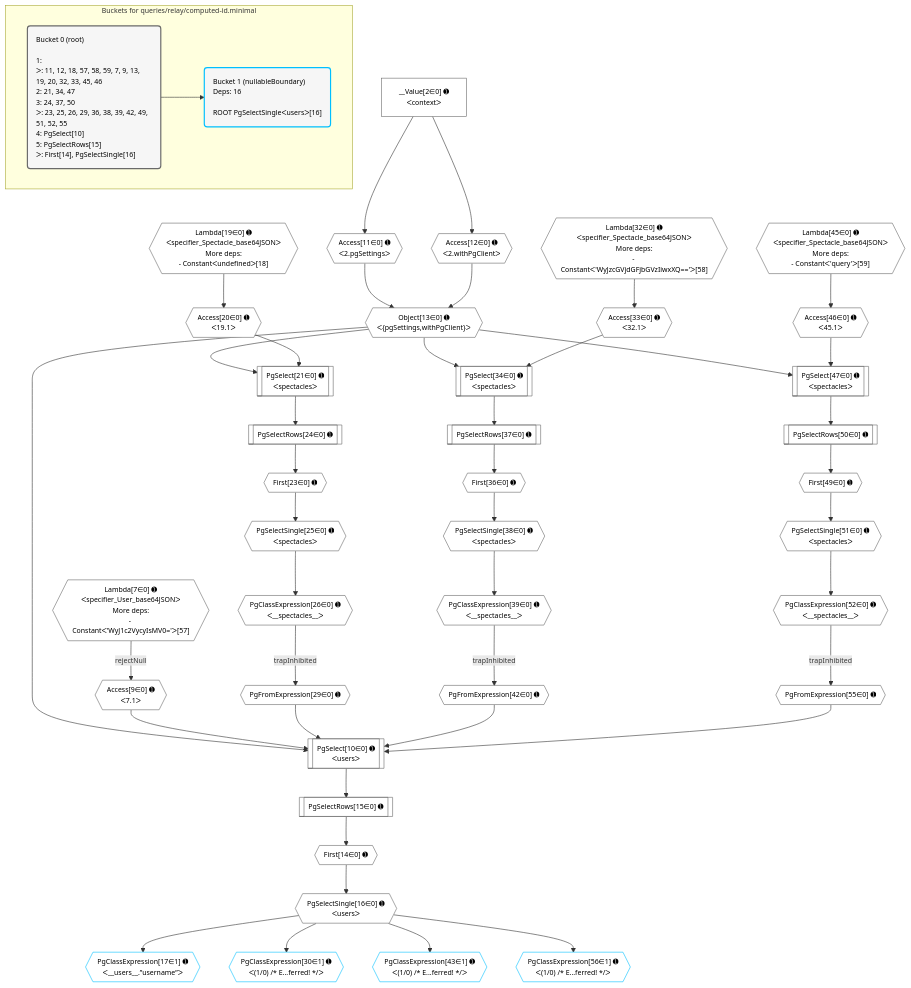
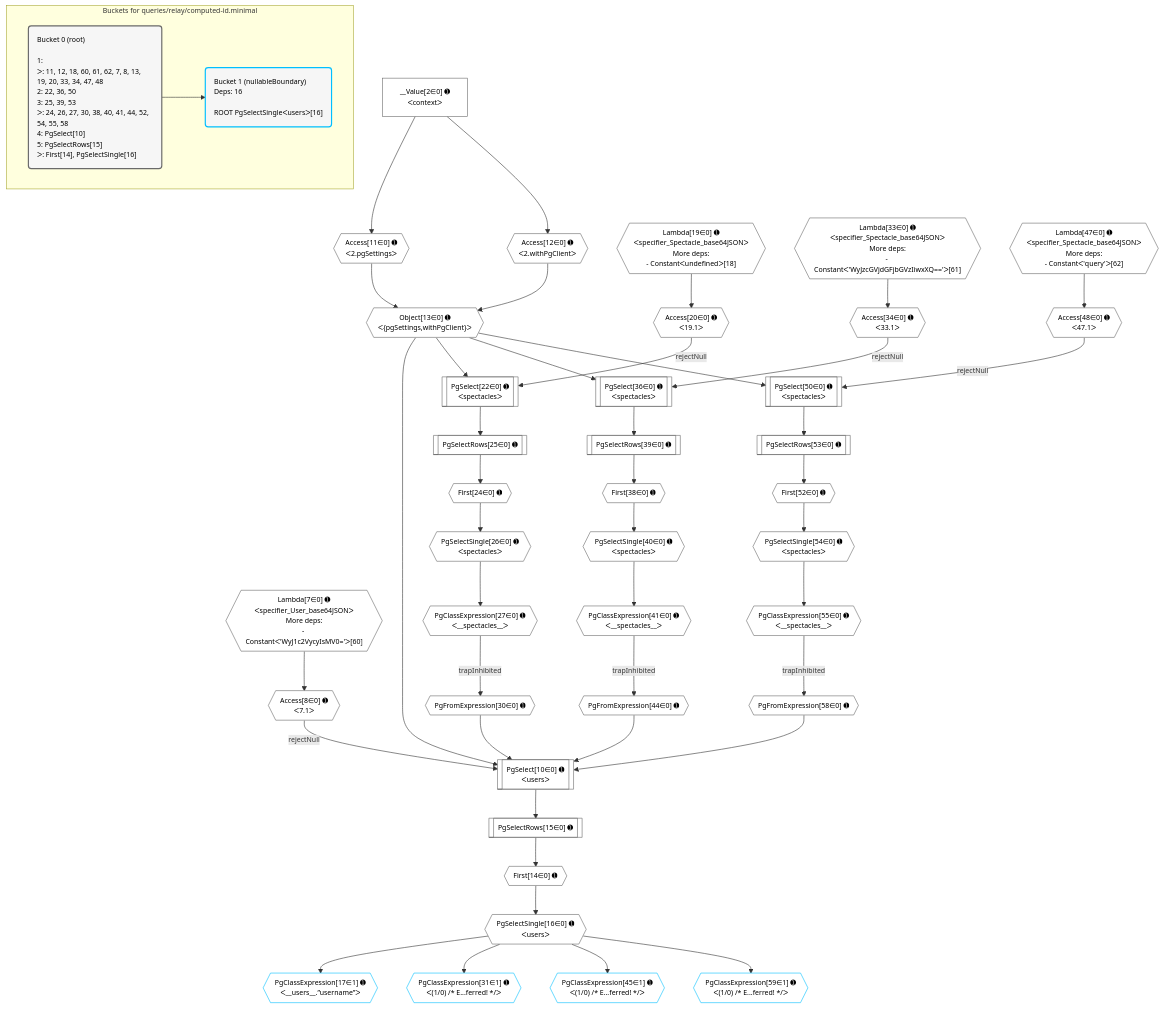
One commit to graphile/crystal changed the diagram in postgraphile/postgraphile/__tests__/queries/relay/computed-id.minimal.mermaid. Above: the diagram before and after it, drawn with Mermaid. The commit also changed 76 other files, not shown here.

```diff
--- a/postgraphile/postgraphile/__tests__/queries/relay/computed-id.minimal.mermaid
+++ b/postgraphile/postgraphile/__tests__/queries/relay/computed-id.minimal.mermaid
@@ -1,93 +1,97 @@
 %%{init: {'themeVariables': { 'fontSize': '12px'}}}%%
 graph TD
     classDef path fill:#eee,stroke:#000,color:#000
     classDef plan fill:#fff,stroke-width:1px,color:#000
     classDef itemplan fill:#fff,stroke-width:2px,color:#000
     classDef unbatchedplan fill:#dff,stroke-width:1px,color:#000
     classDef sideeffectplan fill:#fcc,stroke-width:2px,color:#000
     classDef bucket fill:#f6f6f6,color:#000,stroke-width:2px,text-align:left
 
     subgraph "Buckets for queries/relay/computed-id.minimal"
-    Bucket0("Bucket 0 (root)<br /><br />1: <br />ᐳ: 11, 12, 18, 57, 58, 59, 7, 9, 13, 19, 20, 32, 33, 45, 46<br />2: 21, 34, 47<br />3: 24, 37, 50<br />ᐳ: 23, 25, 26, 29, 36, 38, 39, 42, 49, 51, 52, 55<br />4: PgSelect[10]<br />5: PgSelectRows[15]<br />ᐳ: First[14], PgSelectSingle[16]"):::bucket
+    Bucket0("Bucket 0 (root)<br /><br />1: <br />ᐳ: 11, 12, 18, 60, 61, 62, 7, 8, 13, 19, 20, 33, 34, 47, 48<br />2: 22, 36, 50<br />3: 25, 39, 53<br />ᐳ: 24, 26, 27, 30, 38, 40, 41, 44, 52, 54, 55, 58<br />4: PgSelect[10]<br />5: PgSelectRows[15]<br />ᐳ: First[14], PgSelectSingle[16]"):::bucket
     Bucket1("Bucket 1 (nullableBoundary)<br />Deps: 16<br /><br />ROOT PgSelectSingleᐸusersᐳ[16]"):::bucket
     end
     Bucket0 --> Bucket1
 
     %% plan dependencies
     PgSelect10[["PgSelect[10∈0] ➊<br />ᐸusersᐳ"]]:::plan
     Object13{{"Object[13∈0] ➊<br />ᐸ{pgSettings,withPgClient}ᐳ"}}:::plan
-    Access9{{"Access[9∈0] ➊<br />ᐸ7.1ᐳ"}}:::plan
-    PgFromExpression29{{"PgFromExpression[29∈0] ➊"}}:::plan
-    PgFromExpression42{{"PgFromExpression[42∈0] ➊"}}:::plan
-    PgFromExpression55{{"PgFromExpression[55∈0] ➊"}}:::plan
-    Object13 & Access9 & PgFromExpression29 & PgFromExpression42 & PgFromExpression55 --> PgSelect10
+    Access8{{"Access[8∈0] ➊<br />ᐸ7.1ᐳ"}}:::plan
+    PgFromExpression30{{"PgFromExpression[30∈0] ➊"}}:::plan
+    PgFromExpression44{{"PgFromExpression[44∈0] ➊"}}:::plan
+    PgFromExpression58{{"PgFromExpression[58∈0] ➊"}}:::plan
+    Access8 -->|rejectNull| PgSelect10
+    Object13 & PgFromExpression30 & PgFromExpression44 & PgFromExpression58 --> PgSelect10
     Access11{{"Access[11∈0] ➊<br />ᐸ2.pgSettingsᐳ"}}:::plan
     Access12{{"Access[12∈0] ➊<br />ᐸ2.withPgClientᐳ"}}:::plan
     Access11 & Access12 --> Object13
-    PgSelect21[["PgSelect[21∈0] ➊<br />ᐸspectaclesᐳ"]]:::plan
+    PgSelect22[["PgSelect[22∈0] ➊<br />ᐸspectaclesᐳ"]]:::plan
     Access20{{"Access[20∈0] ➊<br />ᐸ19.1ᐳ"}}:::plan
-    Object13 & Access20 --> PgSelect21
-    PgSelect34[["PgSelect[34∈0] ➊<br />ᐸspectaclesᐳ"]]:::plan
-    Access33{{"Access[33∈0] ➊<br />ᐸ32.1ᐳ"}}:::plan
-    Object13 & Access33 --> PgSelect34
-    PgSelect47[["PgSelect[47∈0] ➊<br />ᐸspectaclesᐳ"]]:::plan
-    Access46{{"Access[46∈0] ➊<br />ᐸ45.1ᐳ"}}:::plan
-    Object13 & Access46 --> PgSelect47
-    Lambda7{{"Lambda[7∈0] ➊<br />ᐸspecifier_User_base64JSONᐳ<br />More deps:<br />- Constantᐸ'WyJ1c2VycyIsMV0='ᐳ[57]"}}:::plan
-    Lambda7 -->|rejectNull| Access9
+    Access20 -->|rejectNull| PgSelect22
+    Object13 --> PgSelect22
+    PgSelect36[["PgSelect[36∈0] ➊<br />ᐸspectaclesᐳ"]]:::plan
+    Access34{{"Access[34∈0] ➊<br />ᐸ33.1ᐳ"}}:::plan
+    Access34 -->|rejectNull| PgSelect36
+    Object13 --> PgSelect36
+    PgSelect50[["PgSelect[50∈0] ➊<br />ᐸspectaclesᐳ"]]:::plan
+    Access48{{"Access[48∈0] ➊<br />ᐸ47.1ᐳ"}}:::plan
+    Access48 -->|rejectNull| PgSelect50
+    Object13 --> PgSelect50
+    Lambda7{{"Lambda[7∈0] ➊<br />ᐸspecifier_User_base64JSONᐳ<br />More deps:<br />- Constantᐸ'WyJ1c2VycyIsMV0='ᐳ[60]"}}:::plan
+    Lambda7 --> Access8
     __Value2["__Value[2∈0] ➊<br />ᐸcontextᐳ"]:::plan
     __Value2 --> Access11
     __Value2 --> Access12
     First14{{"First[14∈0] ➊"}}:::plan
     PgSelectRows15[["PgSelectRows[15∈0] ➊"]]:::plan
     PgSelectRows15 --> First14
     PgSelect10 --> PgSelectRows15
     PgSelectSingle16{{"PgSelectSingle[16∈0] ➊<br />ᐸusersᐳ"}}:::plan
     First14 --> PgSelectSingle16
     Lambda19{{"Lambda[19∈0] ➊<br />ᐸspecifier_Spectacle_base64JSONᐳ<br />More deps:<br />- Constantᐸundefinedᐳ[18]"}}:::plan
     Lambda19 --> Access20
-    First23{{"First[23∈0] ➊"}}:::plan
-    PgSelectRows24[["PgSelectRows[24∈0] ➊"]]:::plan
-    PgSelectRows24 --> First23
-    PgSelect21 --> PgSelectRows24
-    PgSelectSingle25{{"PgSelectSingle[25∈0] ➊<br />ᐸspectaclesᐳ"}}:::plan
-    First23 --> PgSelectSingle25
-    PgClassExpression26{{"PgClassExpression[26∈0] ➊<br />ᐸ__spectacles__ᐳ"}}:::plan
-    PgSelectSingle25 --> PgClassExpression26
-    PgClassExpression26 -->|trapInhibited| PgFromExpression29
-    Lambda32{{"Lambda[32∈0] ➊<br />ᐸspecifier_Spectacle_base64JSONᐳ<br />More deps:<br />- Constantᐸ'WyJzcGVjdGFjbGVzIiwxXQ=='ᐳ[58]"}}:::plan
-    Lambda32 --> Access33
-    First36{{"First[36∈0] ➊"}}:::plan
-    PgSelectRows37[["PgSelectRows[37∈0] ➊"]]:::plan
-    PgSelectRows37 --> First36
-    PgSelect34 --> PgSelectRows37
-    PgSelectSingle38{{"PgSelectSingle[38∈0] ➊<br />ᐸspectaclesᐳ"}}:::plan
-    First36 --> PgSelectSingle38
-    PgClassExpression39{{"PgClassExpression[39∈0] ➊<br />ᐸ__spectacles__ᐳ"}}:::plan
-    PgSelectSingle38 --> PgClassExpression39
-    PgClassExpression39 -->|trapInhibited| PgFromExpression42
-    Lambda45{{"Lambda[45∈0] ➊<br />ᐸspecifier_Spectacle_base64JSONᐳ<br />More deps:<br />- Constantᐸ'query'ᐳ[59]"}}:::plan
-    Lambda45 --> Access46
-    First49{{"First[49∈0] ➊"}}:::plan
-    PgSelectRows50[["PgSelectRows[50∈0] ➊"]]:::plan
-    PgSelectRows50 --> First49
-    PgSelect47 --> PgSelectRows50
-    PgSelectSingle51{{"PgSelectSingle[51∈0] ➊<br />ᐸspectaclesᐳ"}}:::plan
-    First49 --> PgSelectSingle51
-    PgClassExpression52{{"PgClassExpression[52∈0] ➊<br />ᐸ__spectacles__ᐳ"}}:::plan
-    PgSelectSingle51 --> PgClassExpression52
-    PgClassExpression52 -->|trapInhibited| PgFromExpression55
+    First24{{"First[24∈0] ➊"}}:::plan
+    PgSelectRows25[["PgSelectRows[25∈0] ➊"]]:::plan
+    PgSelectRows25 --> First24
+    PgSelect22 --> PgSelectRows25
+    PgSelectSingle26{{"PgSelectSingle[26∈0] ➊<br />ᐸspectaclesᐳ"}}:::plan
+    First24 --> PgSelectSingle26
+    PgClassExpression27{{"PgClassExpression[27∈0] ➊<br />ᐸ__spectacles__ᐳ"}}:::plan
+    PgSelectSingle26 --> PgClassExpression27
+    PgClassExpression27 -->|trapInhibited| PgFromExpression30
+    Lambda33{{"Lambda[33∈0] ➊<br />ᐸspecifier_Spectacle_base64JSONᐳ<br />More deps:<br />- Constantᐸ'WyJzcGVjdGFjbGVzIiwxXQ=='ᐳ[61]"}}:::plan
+    Lambda33 --> Access34
+    First38{{"First[38∈0] ➊"}}:::plan
+    PgSelectRows39[["PgSelectRows[39∈0] ➊"]]:::plan
+    PgSelectRows39 --> First38
+    PgSelect36 --> PgSelectRows39
+    PgSelectSingle40{{"PgSelectSingle[40∈0] ➊<br />ᐸspectaclesᐳ"}}:::plan
+    First38 --> PgSelectSingle40
+    PgClassExpression41{{"PgClassExpression[41∈0] ➊<br />ᐸ__spectacles__ᐳ"}}:::plan
+    PgSelectSingle40 --> PgClassExpression41
+    PgClassExpression41 -->|trapInhibited| PgFromExpression44
+    Lambda47{{"Lambda[47∈0] ➊<br />ᐸspecifier_Spectacle_base64JSONᐳ<br />More deps:<br />- Constantᐸ'query'ᐳ[62]"}}:::plan
+    Lambda47 --> Access48
+    First52{{"First[52∈0] ➊"}}:::plan
+    PgSelectRows53[["PgSelectRows[53∈0] ➊"]]:::plan
+    PgSelectRows53 --> First52
+    PgSelect50 --> PgSelectRows53
+    PgSelectSingle54{{"PgSelectSingle[54∈0] ➊<br />ᐸspectaclesᐳ"}}:::plan
+    First52 --> PgSelectSingle54
+    PgClassExpression55{{"PgClassExpression[55∈0] ➊<br />ᐸ__spectacles__ᐳ"}}:::plan
+    PgSelectSingle54 --> PgClassExpression55
+    PgClassExpression55 -->|trapInhibited| PgFromExpression58
     PgClassExpression17{{"PgClassExpression[17∈1] ➊<br />ᐸ__users__.”username”ᐳ"}}:::plan
     PgSelectSingle16 --> PgClassExpression17
-    PgClassExpression30{{"PgClassExpression[30∈1] ➊<br />ᐸ(1/0) /* E...ferred! */ᐳ"}}:::plan
-    PgSelectSingle16 --> PgClassExpression30
-    PgClassExpression43{{"PgClassExpression[43∈1] ➊<br />ᐸ(1/0) /* E...ferred! */ᐳ"}}:::plan
-    PgSelectSingle16 --> PgClassExpression43
-    PgClassExpression56{{"PgClassExpression[56∈1] ➊<br />ᐸ(1/0) /* E...ferred! */ᐳ"}}:::plan
-    PgSelectSingle16 --> PgClassExpression56
+    PgClassExpression31{{"PgClassExpression[31∈1] ➊<br />ᐸ(1/0) /* E...ferred! */ᐳ"}}:::plan
+    PgSelectSingle16 --> PgClassExpression31
+    PgClassExpression45{{"PgClassExpression[45∈1] ➊<br />ᐸ(1/0) /* E...ferred! */ᐳ"}}:::plan
+    PgSelectSingle16 --> PgClassExpression45
+    PgClassExpression59{{"PgClassExpression[59∈1] ➊<br />ᐸ(1/0) /* E...ferred! */ᐳ"}}:::plan
+    PgSelectSingle16 --> PgClassExpression59
 
     %% define steps
     classDef bucket0 stroke:#696969
-    class Bucket0,__Value2,Lambda7,Access9,PgSelect10,Access11,Access12,Object13,First14,PgSelectRows15,PgSelectSingle16,Lambda19,Access20,PgSelect21,First23,PgSelectRows24,PgSelectSingle25,PgClassExpression26,PgFromExpression29,Lambda32,Access33,PgSelect34,First36,PgSelectRows37,PgSelectSingle38,PgClassExpression39,PgFromExpression42,Lambda45,Access46,PgSelect47,First49,PgSelectRows50,PgSelectSingle51,PgClassExpression52,PgFromExpression55 bucket0
+    class Bucket0,__Value2,Lambda7,Access8,PgSelect10,Access11,Access12,Object13,First14,PgSelectRows15,PgSelectSingle16,Lambda19,Access20,PgSelect22,First24,PgSelectRows25,PgSelectSingle26,PgClassExpression27,PgFromExpression30,Lambda33,Access34,PgSelect36,First38,PgSelectRows39,PgSelectSingle40,PgClassExpression41,PgFromExpression44,Lambda47,Access48,PgSelect50,First52,PgSelectRows53,PgSelectSingle54,PgClassExpression55,PgFromExpression58 bucket0
     classDef bucket1 stroke:#00bfff
-    class Bucket1,PgClassExpression17,PgClassExpression30,PgClassExpression43,PgClassExpression56 bucket1
+    class Bucket1,PgClassExpression17,PgClassExpression31,PgClassExpression45,PgClassExpression59 bucket1
```
